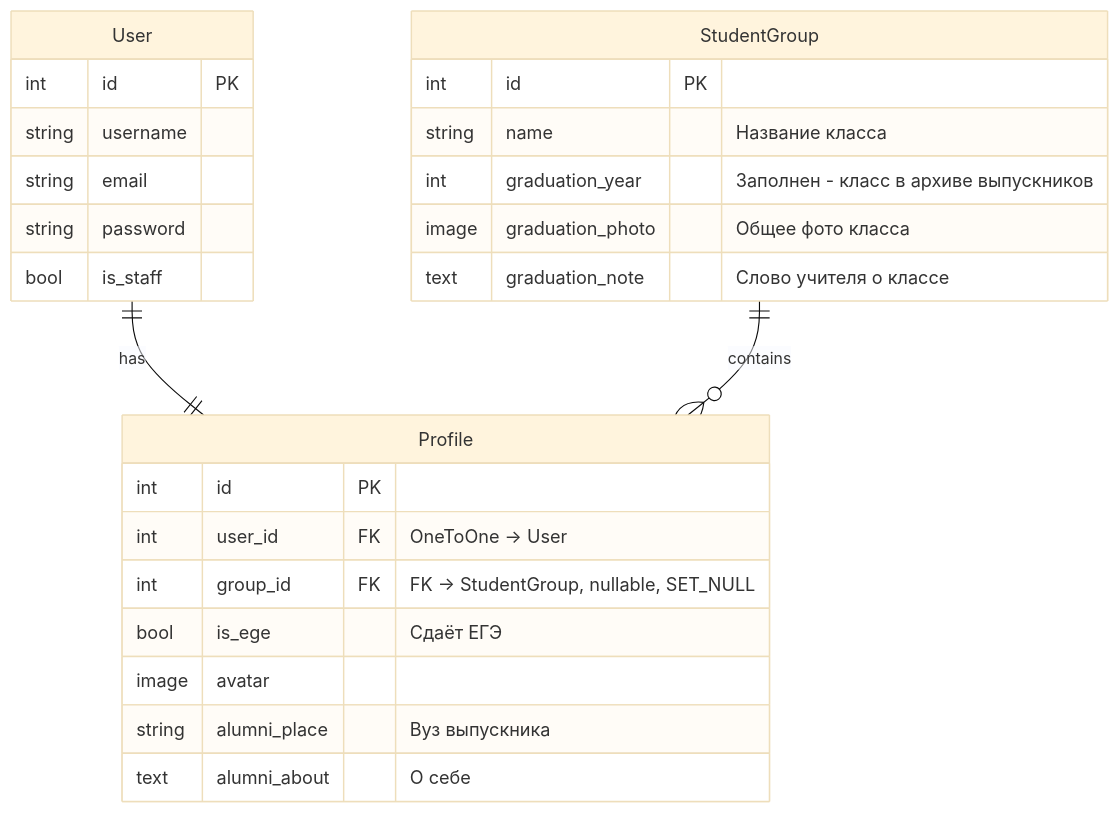
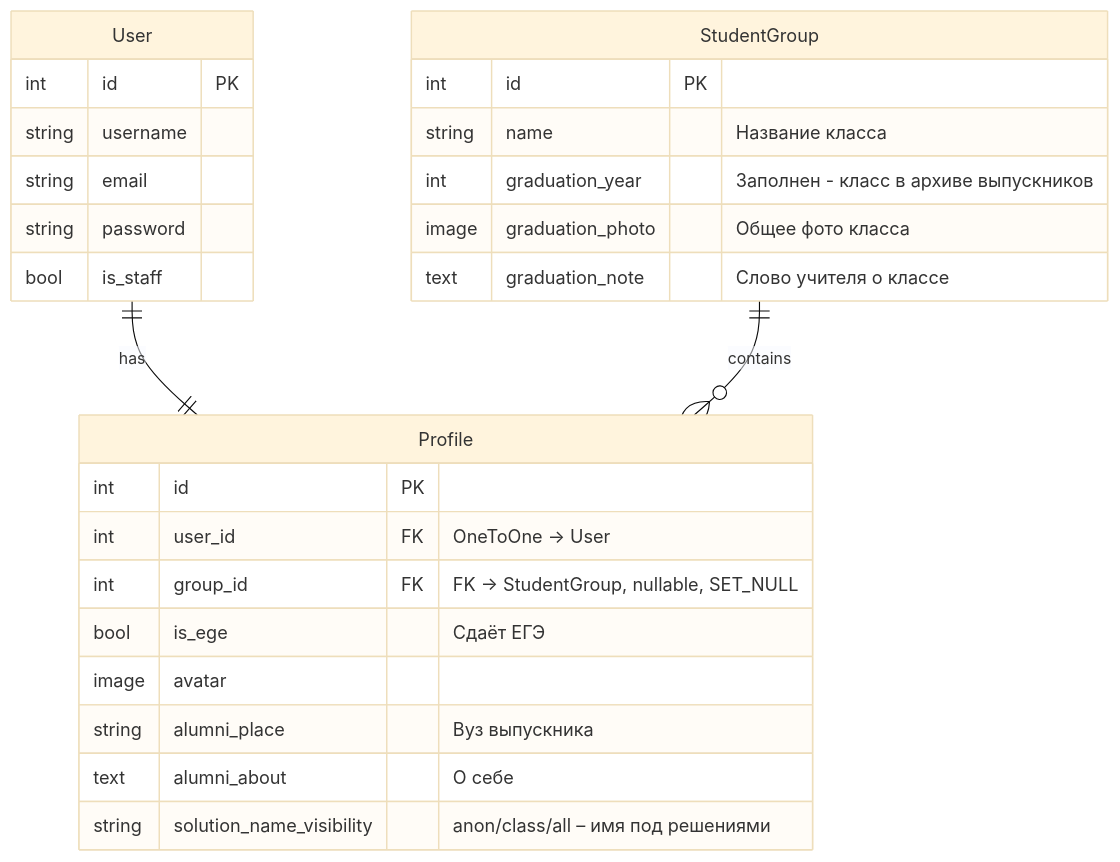
Before and after one commit to Kirill2517nv/SiteAboutMe: the first of 11 diagrams in docs/database/er-diagram.md, drawn with Mermaid (base theme). The commit also changed other lines of this file and 73 other files, not shown here.

````diff
--- a/docs/database/er-diagram.md
+++ b/docs/database/er-diagram.md
@@ -19,31 +19,32 @@
 ```mermaid
 erDiagram
     User ||--|| Profile : "has"
     StudentGroup ||--o{ Profile : "contains"
 
     User {
         int id PK
         string username
         string email
         string password
         bool is_staff
     }
 
     Profile {
         int id PK
         int user_id FK "OneToOne → User"
         int group_id FK "FK → StudentGroup, nullable, SET_NULL"
         bool is_ege "Сдаёт ЕГЭ"
         image avatar
         string alumni_place "Вуз выпускника"
         text alumni_about "О себе"
+        string solution_name_visibility "anon/class/all – имя под решениями"
     }
 
     StudentGroup {
         int id PK
         string name "Название класса"
         int graduation_year "Заполнен - класс в архиве выпускников"
         image graduation_photo "Общее фото класса"
         text graduation_note "Слово учителя о классе"
     }
 ```
````
